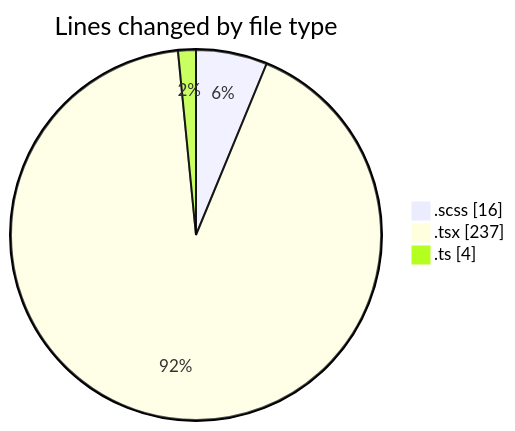
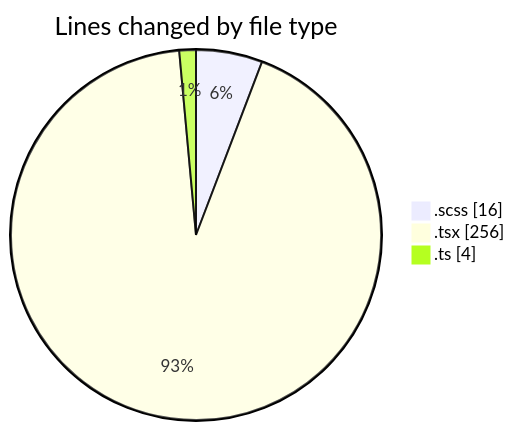
One commit to momahboobian/code-tracking changed the first of 2 diagrams in 2025-02-27/cda/README.md. Above: the diagram before and after it, drawn with Mermaid. The commit also changed other lines of this file and 1 other file, not shown here.

````diff
--- a/2025-02-27/cda/README.md
+++ b/2025-02-27/cda/README.md
@@ -25,7 +25,7 @@
 ```mermaid
 pie showData
 title Lines changed by file type
 ".scss" : 16
-".tsx" : 237
+".tsx" : 256
 ".ts" : 4
 ```
````
